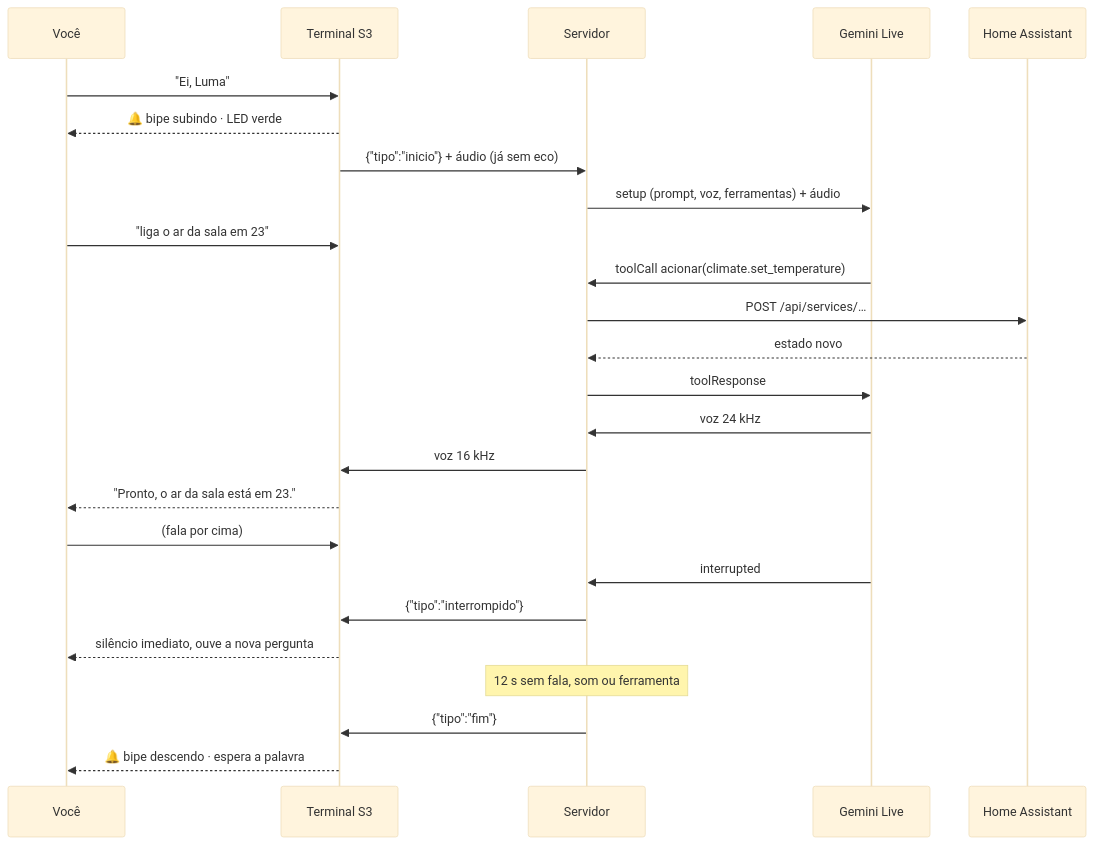
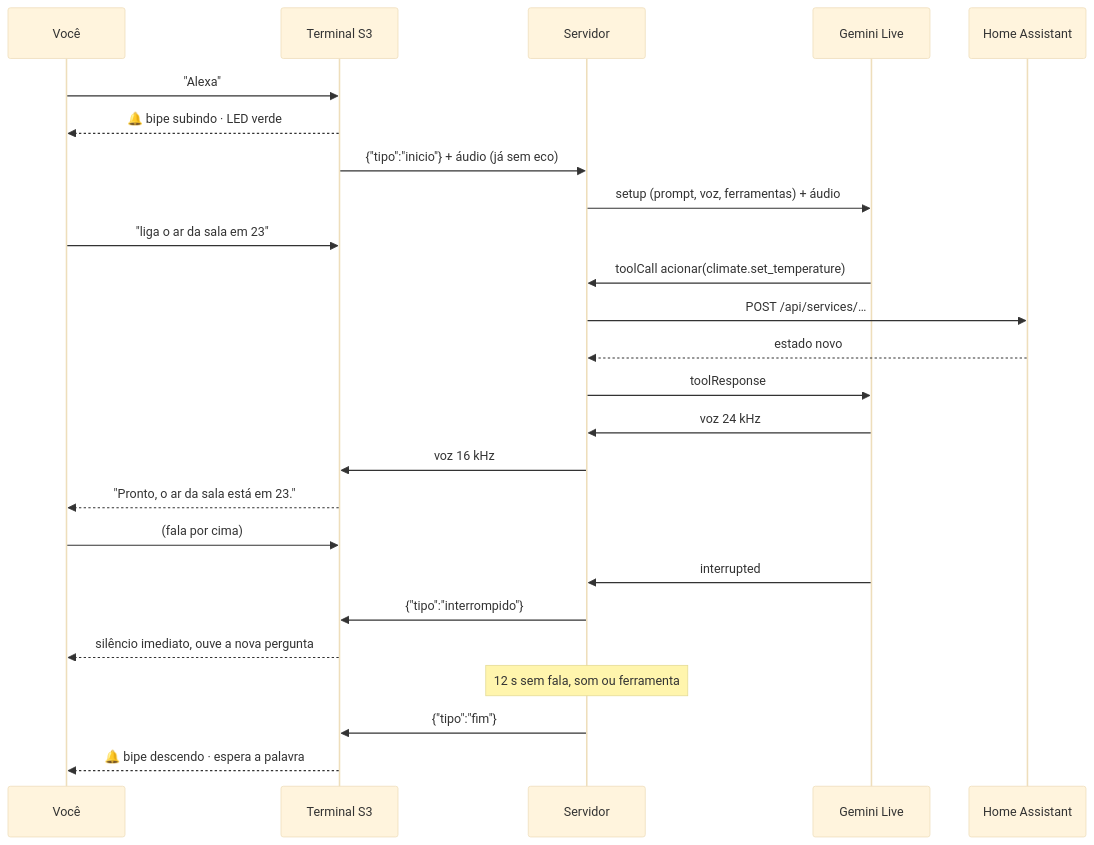
The second of 2 diagrams in README.md (willianrupert/rlight-live), drawn with Mermaid (base theme) before and after one commit. The commit also changed other lines of this file and 3 other files, not shown here.

````diff
--- a/README.md
+++ b/README.md
@@ -70,28 +70,28 @@
 ```mermaid
 sequenceDiagram
     participant V as Você
     participant S3 as Terminal S3
     participant SV as Servidor
     participant G as Gemini Live
     participant HA as Home Assistant
 
-    V->>S3: "Ei, Luma"
+    V->>S3: "Alexa"
     S3-->>V: 🔔 bipe subindo · LED verde
     S3->>SV: {"tipo":"inicio"} + áudio (já sem eco)
     SV->>G: setup (prompt, voz, ferramentas) + áudio
     V->>S3: "liga o ar da sala em 23"
     G->>SV: toolCall acionar(climate.set_temperature)
     SV->>HA: POST /api/services/…
     HA-->>SV: estado novo
     SV->>G: toolResponse
     G->>SV: voz 24 kHz
     SV->>S3: voz 16 kHz
     S3-->>V: "Pronto, o ar da sala está em 23."
     V->>S3: (fala por cima)
     G->>SV: interrupted
     SV->>S3: {"tipo":"interrompido"}
     S3-->>V: silêncio imediato, ouve a nova pergunta
     Note over SV: 12 s sem fala, som ou ferramenta
     SV->>S3: {"tipo":"fim"}
     S3-->>V: 🔔 bipe descendo · espera a palavra
 ```
````
